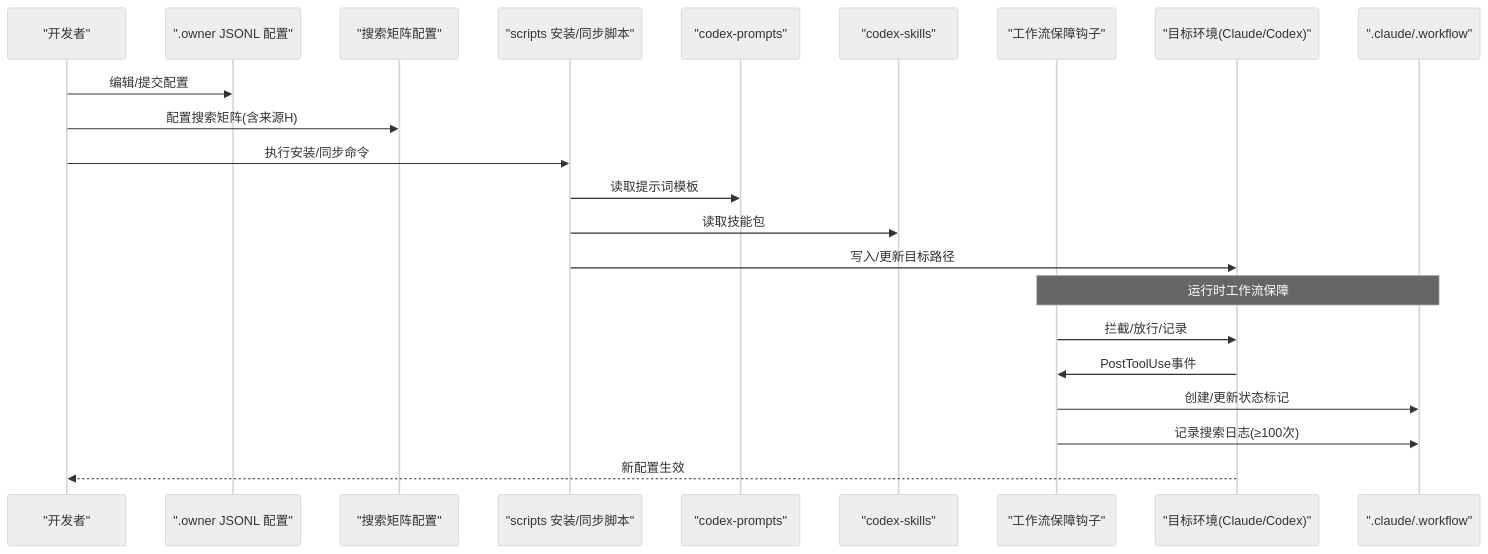
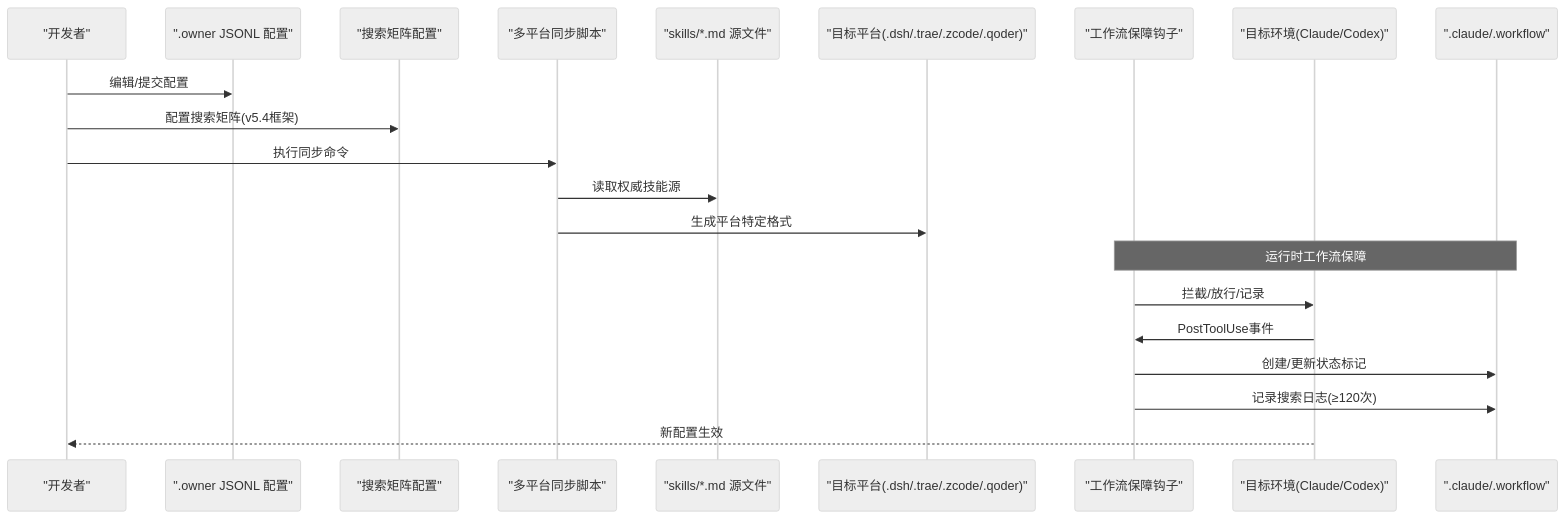
One commit to Ted-Engineer/ai-berkshire changed the second of 8 diagrams in .qoder/repowiki/zh/content/配置管理/配置管理.md. Above: the diagram before and after it, drawn with Mermaid (neutral theme). The commit also changed other lines of this file and 87 other files, not shown here.

````diff
--- a/.qoder/repowiki/zh/content/配置管理/配置管理.md
+++ b/.qoder/repowiki/zh/content/配置管理/配置管理.md
@@ -151,24 +147,23 @@
 ```mermaid
 sequenceDiagram
 participant Dev as "开发者"
 participant Conf as ".owner JSONL 配置"
 participant Matrix as "搜索矩阵配置"
-participant Scripts as "scripts 安装/同步脚本"
-participant Prompts as "codex-prompts"
-participant Skills as "codex-skills"
+participant Sync as "多平台同步脚本"
+participant Skills as "skills/*.md 源文件"
+participant Platforms as "目标平台(.dsh/.trae/.zcode/.qoder)"
 participant Hooks as "工作流保障钩子"
 participant Target as "目标环境(Claude/Codex)"
 participant WF as ".claude/.workflow"
 Dev->>Conf : 编辑/提交配置
-Dev->>Matrix : 配置搜索矩阵(含来源H)
-Dev->>Scripts : 执行安装/同步命令
-Scripts->>Prompts : 读取提示词模板
-Scripts->>Skills : 读取技能包
-Scripts->>Target : 写入/更新目标路径
+Dev->>Matrix : 配置搜索矩阵(v5.4框架)
+Dev->>Sync : 执行同步命令
+Sync->>Skills : 读取权威技能源
+Sync->>Platforms : 生成平台特定格式
 Note over Hooks,WF : 运行时工作流保障
 Hooks->>Target : 拦截/放行/记录
 Target->>Hooks : PostToolUse事件
 Hooks->>WF : 创建/更新状态标记
-Hooks->>WF : 记录搜索日志(≥100次)
+Hooks->>WF : 记录搜索日志(≥120次)
 Target-->>Dev : 新配置生效
 ```
````
